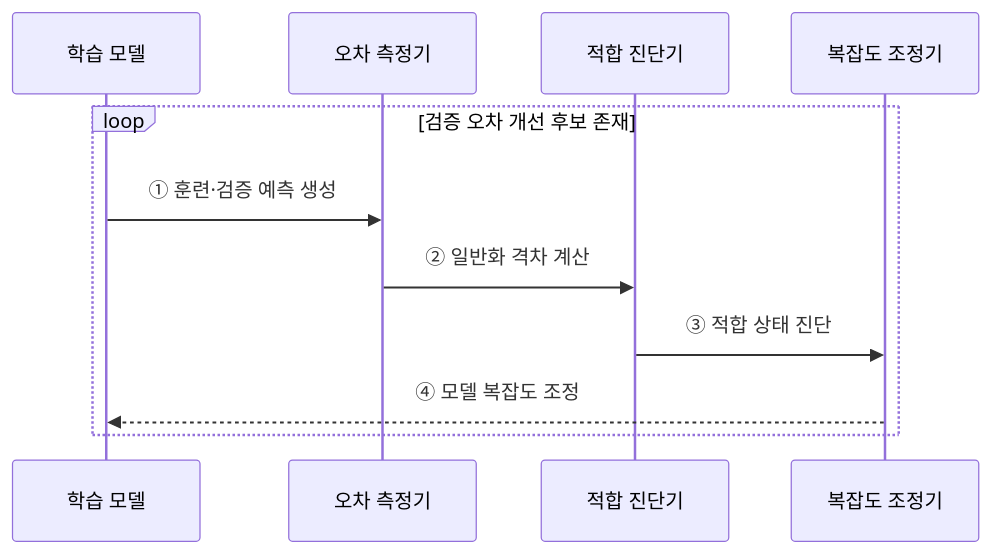
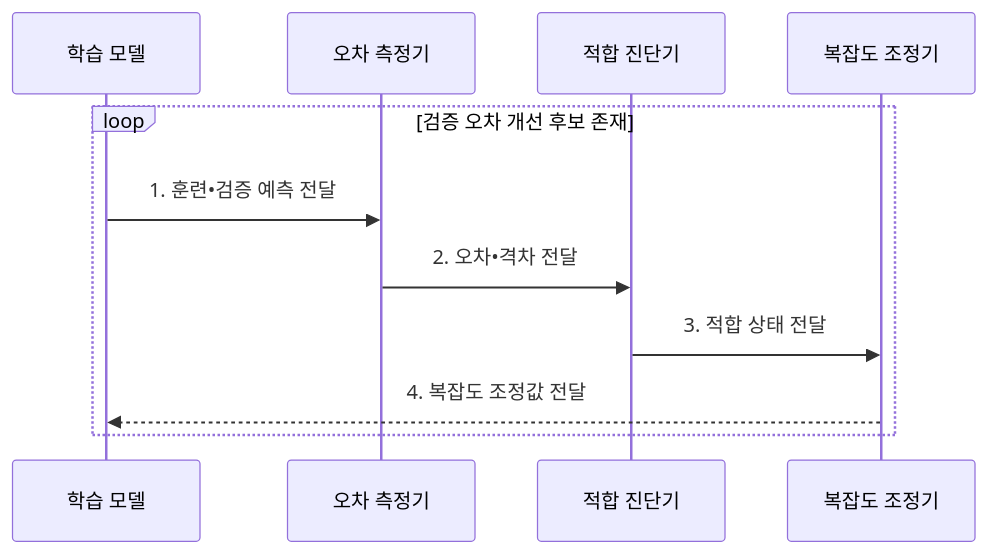
The third of 4 diagrams in src/content/docs/notes/01-basic-theory/039_overfitting_bias_variance.md (agnusdei1207/knowledge-base), drawn with Mermaid before and after one commit. The commit also changed other lines of this file and 20 other files, not shown here.

````diff
--- a/src/content/docs/notes/01-basic-theory/039_overfitting_bias_variance.md
+++ b/src/content/docs/notes/01-basic-theory/039_overfitting_bias_variance.md
@@ -98,13 +100,13 @@
 ```mermaid
 sequenceDiagram
     participant M as 학습 모델
     participant E as 오차 측정기
     participant D as 적합 진단기
     participant C as 복잡도 조정기
     loop 검증 오차 개선 후보 존재
-        M->>E: ① 훈련·검증 예측 생성
-        E->>D: ② 일반화 격차 계산
-        D->>C: ③ 적합 상태 진단
-        C-->>M: ④ 모델 복잡도 조정
+        M->>E: 1. 훈련•검증 예측 전달
+        E->>D: 2. 오차•격차 전달
+        D->>C: 3. 적합 상태 전달
+        C-->>M: 4. 복잡도 조정값 전달
     end
 ```
````
